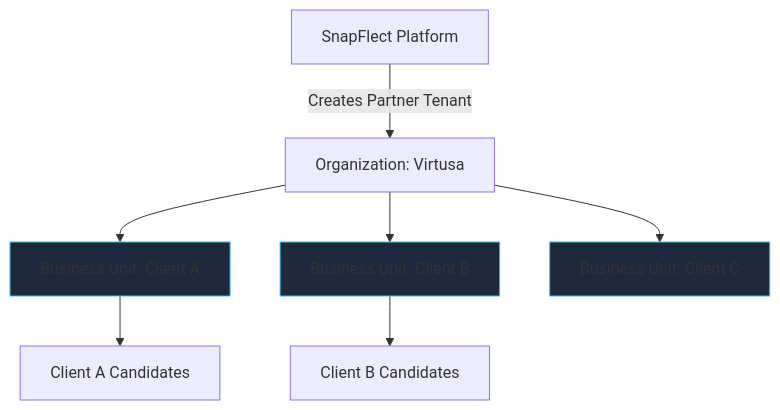
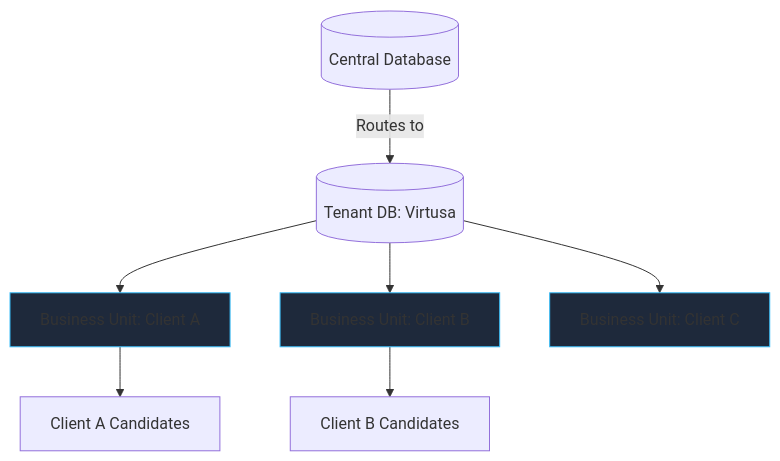
The second of 2 diagrams in 500_BUSINESS_MODEL_AND_TENANCY_ARCHITECTURE.md (snapflect/SnapflectAssessmentPortal), drawn with Mermaid before and after one commit. The commit also changed other lines of this file and 370 other files, not shown here.

````diff
--- a/500_BUSINESS_MODEL_AND_TENANCY_ARCHITECTURE.md
+++ b/500_BUSINESS_MODEL_AND_TENANCY_ARCHITECTURE.md
@@ -57,15 +65,15 @@
 ```mermaid
 graph TD
-    S[SnapFlect Platform] -->|Creates Partner Tenant| V[Organization: Virtusa]
+    S[(Central Database)] -->|Routes to| V[(Tenant DB: Virtusa)]
     
     V --> BU1[Business Unit: Client A]
     V --> BU2[Business Unit: Client B]
     V --> BU3[Business Unit: Client C]
     
     BU1 --> C1[Client A Candidates]
     BU2 --> C2[Client B Candidates]
     
     style BU1 fill:#1e293b,stroke:#38bdf8
     style BU2 fill:#1e293b,stroke:#38bdf8
     style BU3 fill:#1e293b,stroke:#38bdf8
 ```
````
